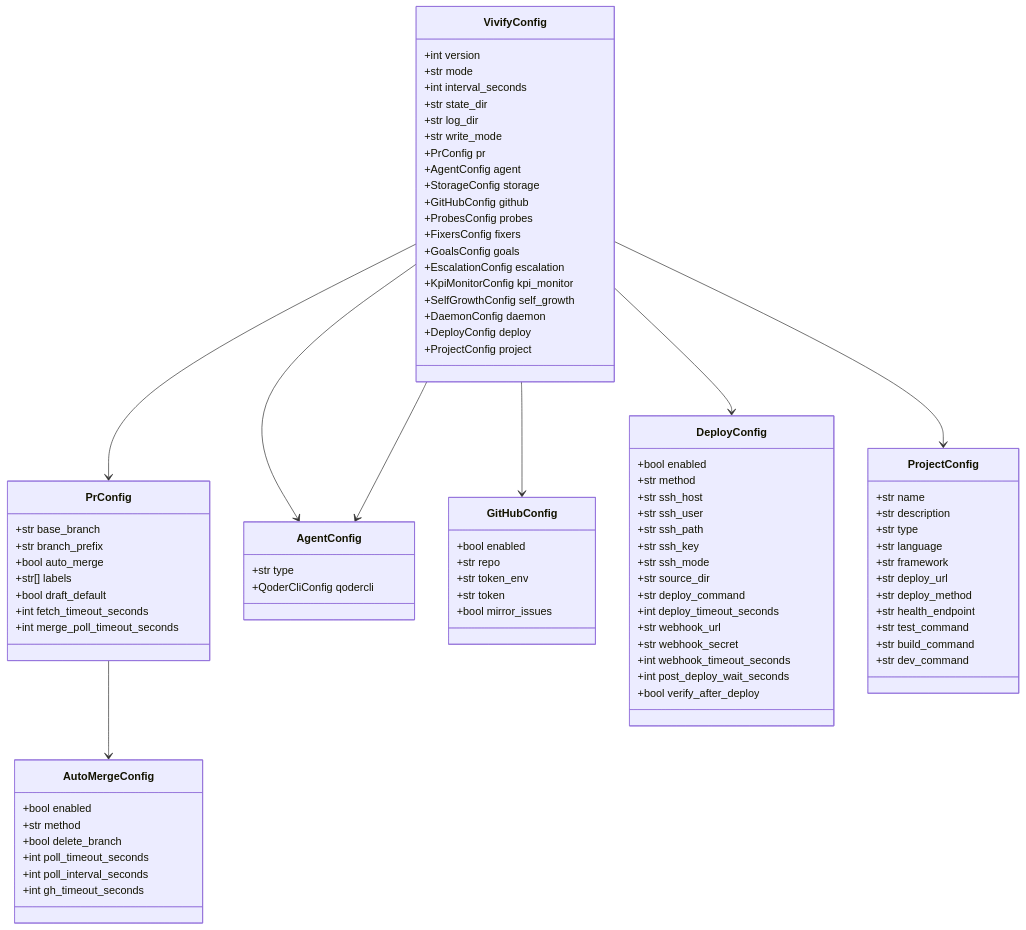
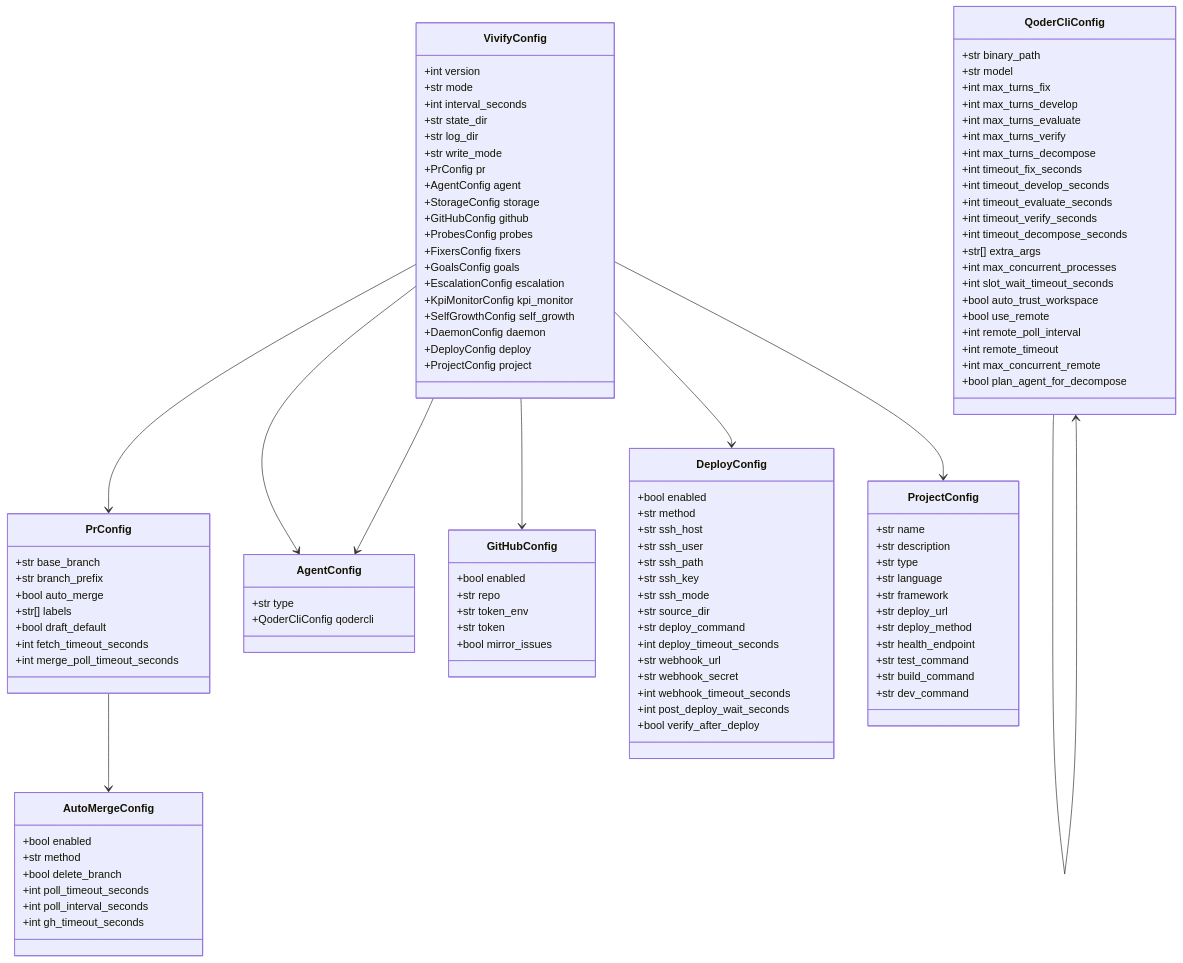
One commit to pinsonchen/vivify changed the third of 9 diagrams in .qoder/repowiki/zh/content/技术实现参考/配置文件更新/配置文件更新.md. Above: the diagram before and after it, drawn with Mermaid. The commit also changed other lines of this file and 9 other files, not shown here.

````diff
--- a/.qoder/repowiki/zh/content/技术实现参考/配置文件更新/配置文件更新.md
+++ b/.qoder/repowiki/zh/content/技术实现参考/配置文件更新/配置文件更新.md
@@ -347,6 +374,29 @@
 +int poll_interval_seconds
 +int gh_timeout_seconds
 }
+class QoderCliConfig {
++str binary_path
++str model
++int max_turns_fix
++int max_turns_develop
++int max_turns_evaluate
++int max_turns_verify
++int max_turns_decompose
++int timeout_fix_seconds
++int timeout_develop_seconds
++int timeout_evaluate_seconds
++int timeout_verify_seconds
++int timeout_decompose_seconds
++str[] extra_args
++int max_concurrent_processes
++int slot_wait_timeout_seconds
++bool auto_trust_workspace
++bool use_remote
++int remote_poll_interval
++int remote_timeout
++int max_concurrent_remote
++bool plan_agent_for_decompose
+}
 class DeployConfig {
 +bool enabled
 +str method
@@ -384,4 +434,5 @@
 VivifyConfig --> ProjectConfig
 VivifyConfig --> AgentConfig
 PrConfig --> AutoMergeConfig
+QoderCliConfig --> QoderCliConfig
 ```
````
